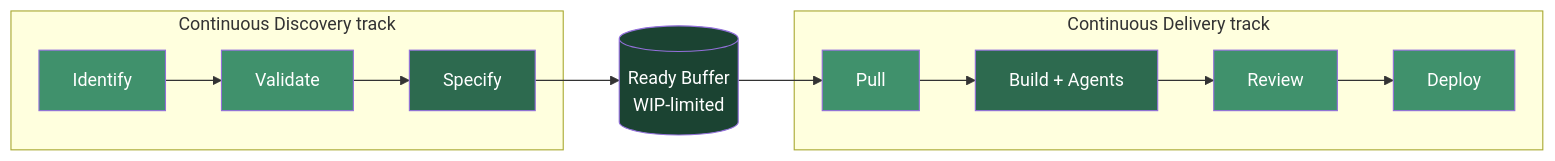
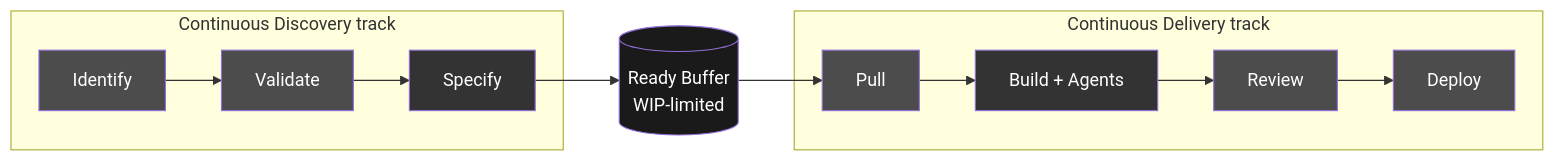
Before and after one commit to RED-Internal-Development/delivery-operating-model: the fifth of 7 diagrams in docs/future-delivery-operating-model.md, drawn with Mermaid. The commit also changed other lines of this file, not shown here.

````diff
--- a/docs/future-delivery-operating-model.md
+++ b/docs/future-delivery-operating-model.md
@@ -196,20 +196,20 @@
 ```mermaid
 flowchart LR
     subgraph Discovery["Continuous Discovery track"]
         d1[Identify] --> d2[Validate] --> d3[Specify]
     end
     subgraph Delivery["Continuous Delivery track"]
         p1[Pull] --> p2[Build + Agents] --> p3[Review] --> p4[Deploy]
     end
     d3 --> RB[(Ready Buffer<br/>WIP-limited)]
     RB --> p1
 
-    style d1 fill:#40916c,color:#fff
-    style d2 fill:#40916c,color:#fff
-    style d3 fill:#2d6a4f,color:#fff
-    style RB fill:#1b4332,color:#fff
-    style p1 fill:#40916c,color:#fff
-    style p2 fill:#2d6a4f,color:#fff
-    style p3 fill:#40916c,color:#fff
-    style p4 fill:#40916c,color:#fff
+    style d1 fill:#4C4C4C,color:#fff
+    style d2 fill:#4C4C4C,color:#fff
+    style d3 fill:#333333,color:#fff
+    style RB fill:#1A1A1A,color:#fff
+    style p1 fill:#4C4C4C,color:#fff
+    style p2 fill:#333333,color:#fff
+    style p3 fill:#4C4C4C,color:#fff
+    style p4 fill:#4C4C4C,color:#fff
 ```
````
